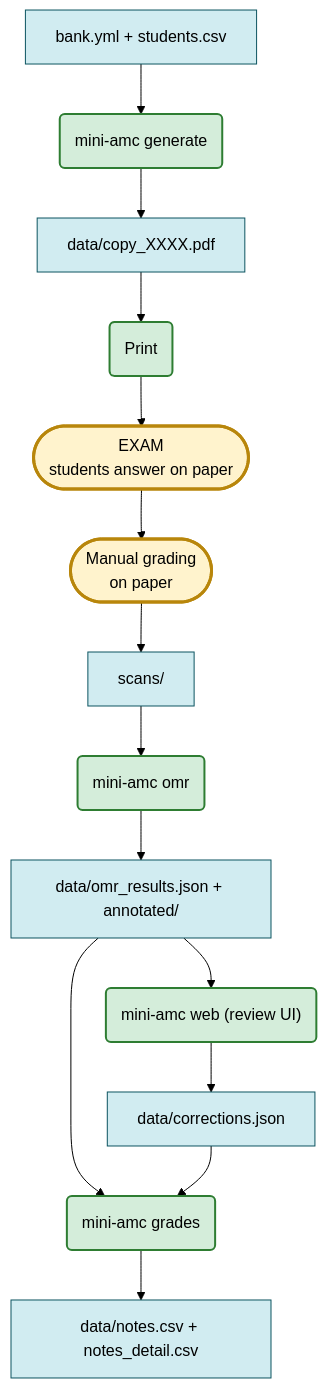
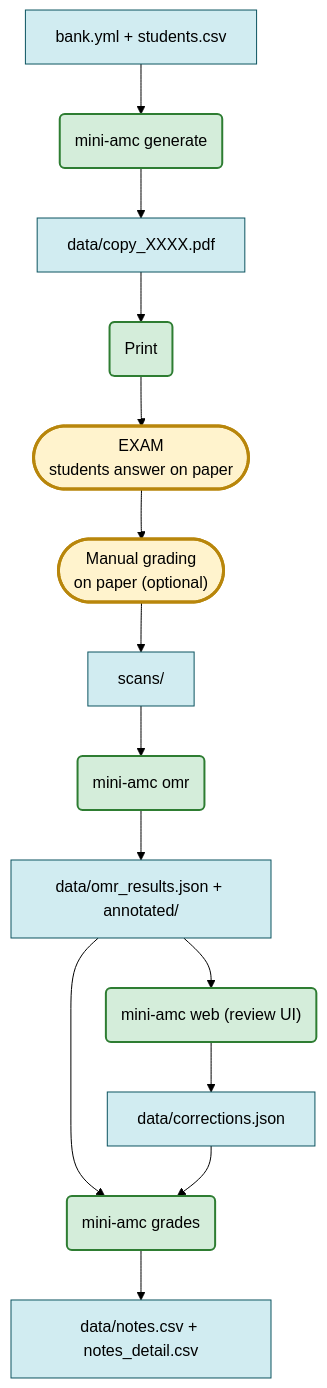
Before and after one commit to boileaum/mini-amc: the diagram in README.md, drawn with Mermaid (forest theme). The commit also changed 8 other files, not shown here.

````diff
--- a/README.md
+++ b/README.md
@@ -32,21 +32,21 @@
 ```mermaid
 flowchart TD
   classDef exam fill:#fff3cd,stroke:#b8860b,stroke-width:3px
   classDef tool fill:#d4edda,stroke:#2e7d32,stroke-width:2px
   classDef data fill:#d1ecf1,stroke:#0c5460
 
   bank["bank.yml + students.csv"]:::data
   bank --> gen("mini-amc generate"):::tool
   gen --> pdf["data/copy_XXXX.pdf"]:::data
   pdf --> print("Print"):::tool
   print --> exam(["EXAM<br/>students answer on paper"]):::exam
-  exam --> manual(["Manual grading<br/>on paper"]):::exam
+  exam --> manual(["Manual grading<br/>on paper (optional)"]):::exam
   manual --> scans["scans/"]:::data
   scans --> omr("mini-amc omr"):::tool
   omr --> res["data/omr_results.json + annotated/"]:::data
   res --> web("mini-amc web (review UI)"):::tool
   res --> grades("mini-amc grades"):::tool
   web --> corr["data/corrections.json"]:::data
   corr --> grades
   grades --> notes["data/notes.csv + notes_detail.csv"]:::data
 ```
````
